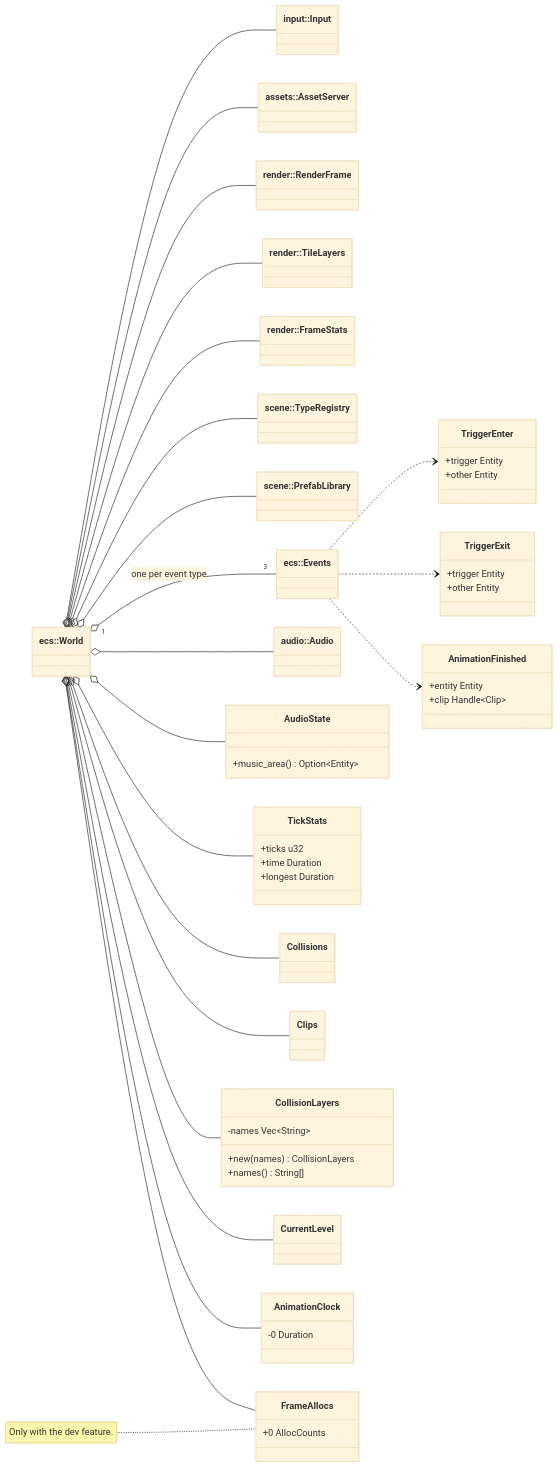
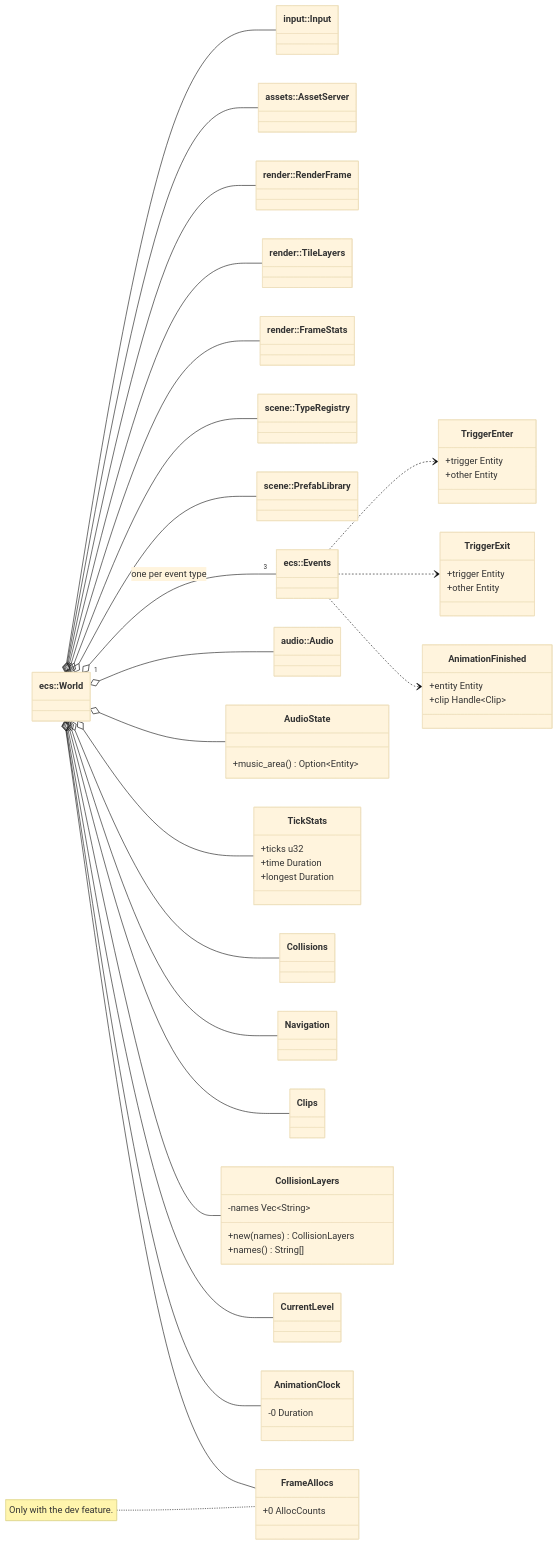
Diagram 32 of 37 in diagrams/class-diagram.md (jabbott-iii/Nadir), drawn with Mermaid (base theme) before and after one commit. The commit also changed other lines of this file and 26 other files, not shown here.

````diff
--- a/diagrams/class-diagram.md
+++ b/diagrams/class-diagram.md
@@ -2442,69 +2517,71 @@
 ```mermaid
 classDiagram
     direction LR
     class World["ecs::World"]
     class Input["input::Input"]
     class AssetServer["assets::AssetServer"]
     class RenderFrame["render::RenderFrame"]
     class TileLayers["render::TileLayers"]
     class FrameStats["render::FrameStats"]
     class TypeRegistry["scene::TypeRegistry"]
     class PrefabLibrary["scene::PrefabLibrary"]
     class Events["ecs::Events"]
     class Audio["audio::Audio"]
     class AudioState {
         +music_area() Option~Entity~
     }
     class TickStats {
         +ticks u32
         +time Duration
         +longest Duration
     }
     class Collisions
+    class Navigation
     class Clips
     class CollisionLayers {
         -names Vec~String~
         +new(names) CollisionLayers
         +names() String[]
     }
     class CurrentLevel
     class AnimationClock {
         -0 Duration
     }
     class FrameAllocs {
         +0 AllocCounts
     }
     class TriggerEnter {
         +trigger Entity
         +other Entity
     }
     class TriggerExit {
         +trigger Entity
         +other Entity
     }
     class AnimationFinished {
         +entity Entity
         +clip Handle~Clip~
     }
     World o-- Input
     World o-- AssetServer
     World o-- RenderFrame
     World o-- TileLayers
     World o-- FrameStats
     World o-- TickStats
     World o-- Collisions
+    World o-- Navigation
     World o-- Clips
     World o-- CollisionLayers
     World o-- PrefabLibrary
     World o-- CurrentLevel
     World o-- AnimationClock
     World o-- FrameAllocs
     World o-- TypeRegistry
     World o-- Audio
     World o-- AudioState
     World "1" o-- "3" Events : one per event type
     Events ..> TriggerEnter
     Events ..> TriggerExit
     Events ..> AnimationFinished
     note for FrameAllocs "Only with the dev feature."
 ```
````
